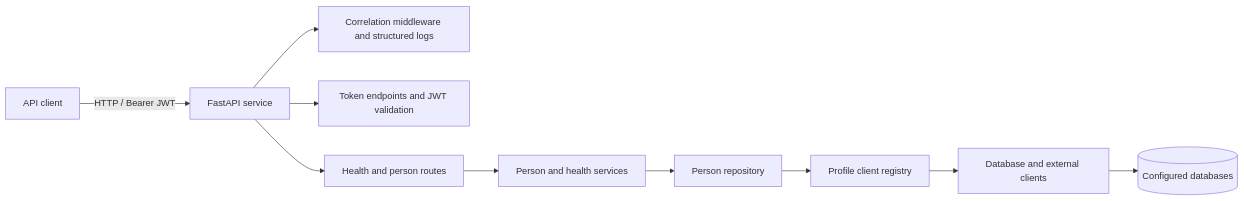
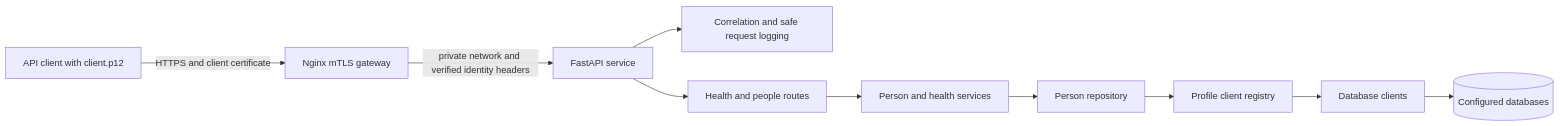
One commit to amsidhlokhande/person-management-service-python changed the first of 2 diagrams in README.md. Above: the diagram before and after it, drawn with Mermaid. The commit also changed other lines of this file and 15 other files, not shown here.

Commit message:
Configure mTLS certificate validation to secure all the endpoints

````diff
--- a/README.md
+++ b/README.md
@@ -105,12 +109,12 @@
 ```mermaid
 flowchart LR
-    Client[API client] -->|HTTP / Bearer JWT| API[FastAPI service]
-    API --> Observability[Correlation middleware and structured logs]
-    API --> Auth[Token endpoints and JWT validation]
-    API --> Routes[Health and person routes]
+    Client[API client with client.p12] -->|HTTPS and client certificate| Gateway[Nginx mTLS gateway]
+    Gateway -->|private network and verified identity headers| API[FastAPI service]
+    API --> Middleware[Correlation and safe request logging]
+    API --> Routes[Health and people routes]
     Routes --> Business[Person and health services]
     Business --> DataAccess[Person repository]
     DataAccess --> Registry[Profile client registry]
-    Registry --> Clients[Database and external clients]
+    Registry --> Clients[Database clients]
     Clients --> DB[(Configured databases)]
 ```
````
